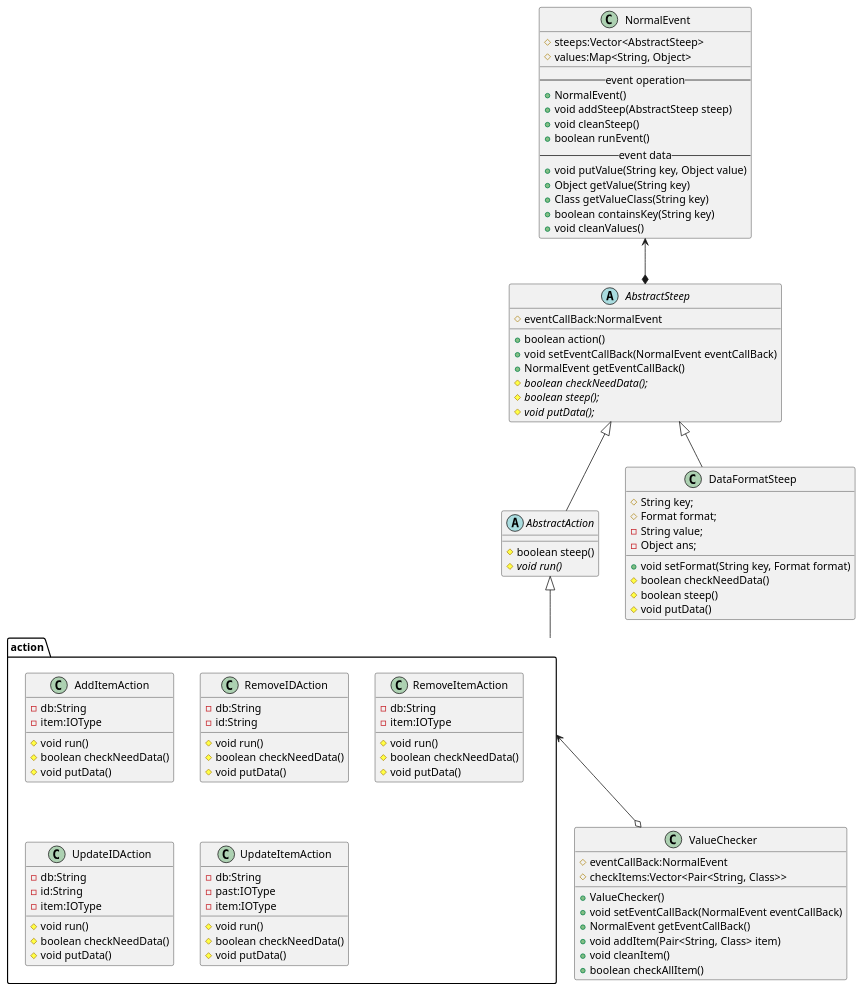
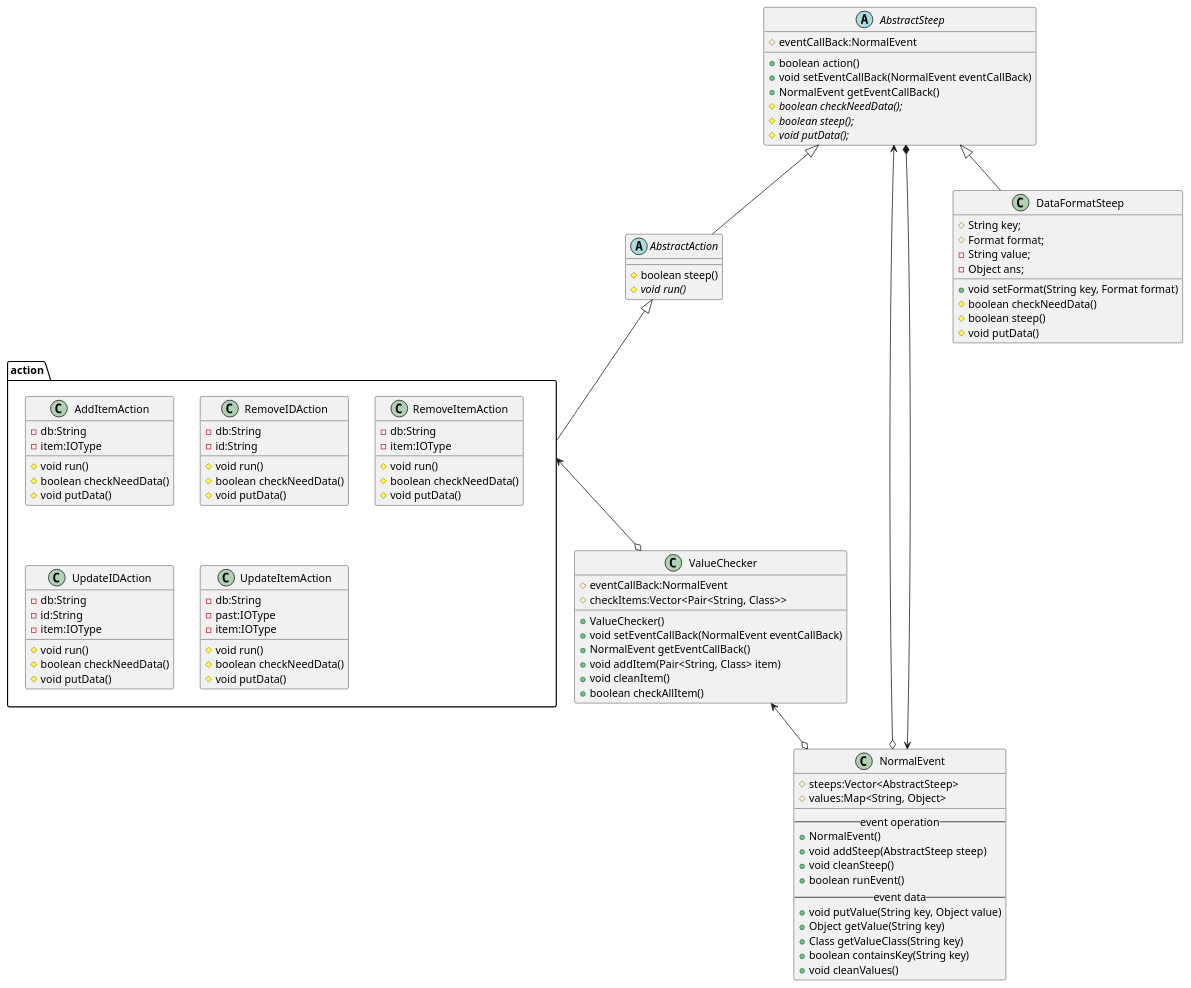
One commit to xloypaypa/HomeworkFramework changed the diagram in src/control/event/event.puml. Above: the diagram before and after it, drawn with PlantUML. The commit also changed 4 other files, not shown here.

Commit message:
add more features. 1, auto set abstract steeps' event callback. 2, make horizontal radio buttons can be set default choice. 3, make window can be dispose.

```diff
--- a/src/control/event/event.puml
+++ b/src/control/event/event.puml
@@ -1,113 +1,115 @@
 @startuml
 
 abstract class AbstractSteep {
 	# eventCallBack:NormalEvent
 
 	+ boolean action()
 	+ void setEventCallBack(NormalEvent eventCallBack)
 	+ NormalEvent getEventCallBack()
 	# {abstract} boolean checkNeedData();
 	# {abstract} boolean steep();
 	# {abstract} void putData();
 }
 
 abstract class AbstractAction extends AbstractSteep {
     # boolean steep()
     # {abstract} void run()
 }
 
 class NormalEvent {
 	# steeps:Vector<AbstractSteep>
 	# values:Map<String, Object>
 	__
 	--event operation--
 	+ NormalEvent()
 	+ void addSteep(AbstractSteep steep)
 	+ void cleanSteep()
 	+ boolean runEvent()
 	--event data--
 	+ void putValue(String key, Object value)
 	+ Object getValue(String key)
 	+ Class getValueClass(String key)
 	+ boolean containsKey(String key)
 	+ void cleanValues()
 }
 
 class ValueChecker {
     # eventCallBack:NormalEvent
     # checkItems:Vector<Pair<String, Class>>
 
     + ValueChecker()
     + void setEventCallBack(NormalEvent eventCallBack)
     + NormalEvent getEventCallBack()
     + void addItem(Pair<String, Class> item)
     + void cleanItem()
     + boolean checkAllItem()
 }
 
 package action {
 	class AddItemAction {
 		- db:String
 		- item:IOType
 
 		# void run()
 		# boolean checkNeedData()
 		# void putData()
 	}
 
 	class RemoveIDAction {
 		- db:String
 		- id:String
 
 		# void run()
 		# boolean checkNeedData()
 		# void putData()
 	}
 
 	class RemoveItemAction {
 		- db:String
 		- item:IOType
 
 		# void run()
 		# boolean checkNeedData()
 		# void putData()
 	}
 
 	class UpdateIDAction {
 		- db:String
 		-id:String
 		- item:IOType
 
 		# void run()
 		# boolean checkNeedData()
 		# void putData()
 	}
 
 	class UpdateItemAction {
 		- db:String
 		- past:IOType
 		- item:IOType
 
 		# void run()
 		# boolean checkNeedData()
 		# void putData()
 	}
 }
 
 class DataFormatSteep extends AbstractSteep {
     # String key;
     # Format format;
     - String value;
     - Object ans;
 
     + void setFormat(String key, Format format)
     # boolean checkNeedData()
     # boolean steep()
     # void putData()
 }
 
 AbstractAction <|-- action
 NormalEvent <--* AbstractSteep
 action <--o ValueChecker
+ValueChecker <--o NormalEvent
+AbstractSteep <--o NormalEvent
 
 @enduml
```
